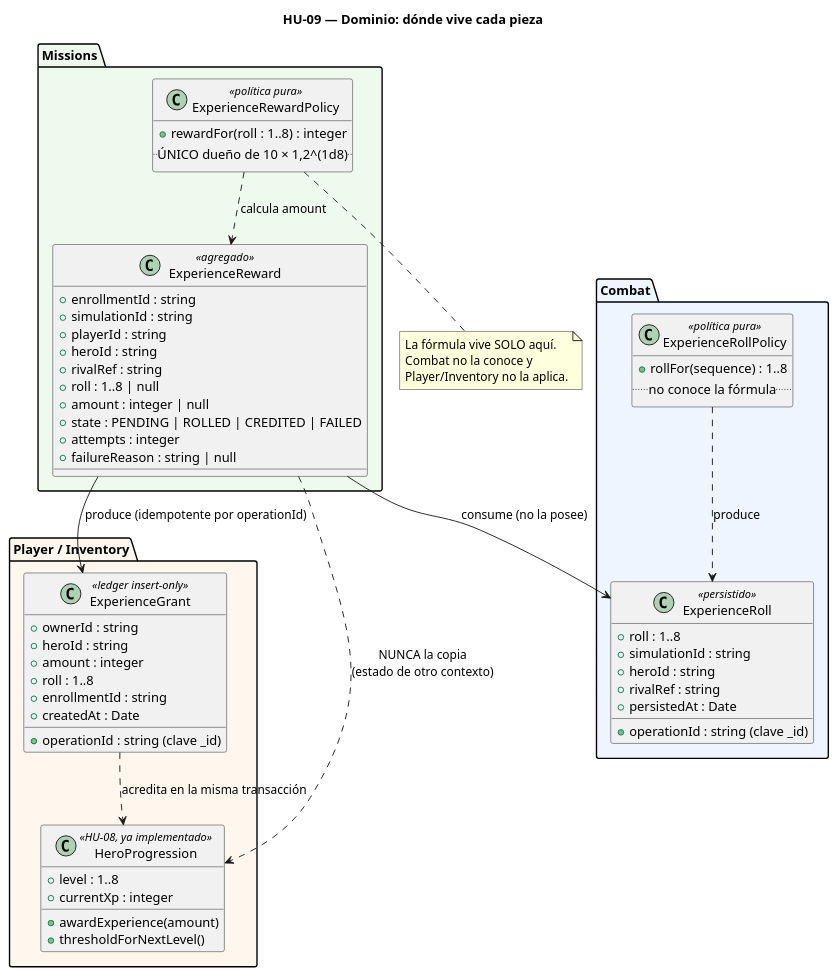
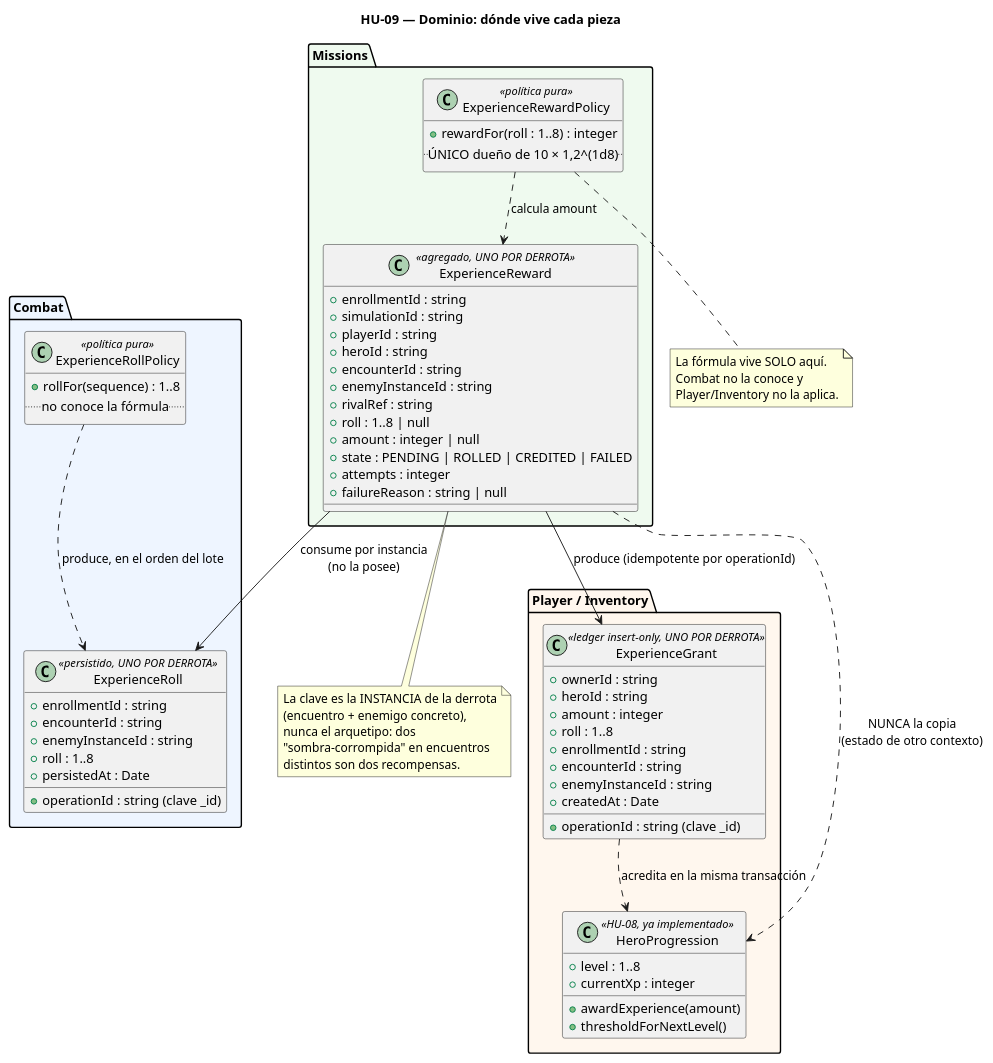
One commit to Nexus-Battle-VI/Nexus-Battle-Infrastructure changed the diagram in docs/diagrams/hu-09-domain.puml. Above: the diagram before and after it, drawn with PlantUML. The commit also changed 7 other files, not shown here.

```diff
--- a/docs/diagrams/hu-09-domain.puml
+++ b/docs/diagrams/hu-09-domain.puml
@@ -1,68 +1,80 @@
 @startuml hu-09-domain
 title HU-09 — Dominio: dónde vive cada pieza
 
 package "Combat" #EEF5FF {
   class ExperienceRollPolicy <<política pura>> {
     + rollFor(sequence) : 1..8
     ..no conoce la fórmula..
   }
-  class ExperienceRoll <<persistido>> {
+  class ExperienceRoll <<persistido, UNO POR DERROTA>> {
     + operationId : string (clave _id)
+    + enrollmentId : string
+    + encounterId : string
+    + enemyInstanceId : string
     + roll : 1..8
-    + simulationId : string
-    + heroId : string
-    + rivalRef : string
     + persistedAt : Date
   }
-  ExperienceRollPolicy ..> ExperienceRoll : produce
+  ExperienceRollPolicy ..> ExperienceRoll : produce, en el orden del lote
 }
 
 package "Missions" #EFFAEF {
-  class ExperienceReward <<agregado>> {
+  class ExperienceReward <<agregado, UNO POR DERROTA>> {
     + enrollmentId : string
     + simulationId : string
     + playerId : string
     + heroId : string
+    + encounterId : string
+    + enemyInstanceId : string
     + rivalRef : string
     + roll : 1..8 | null
     + amount : integer | null
     + state : PENDING | ROLLED | CREDITED | FAILED
     + attempts : integer
     + failureReason : string | null
   }
   class ExperienceRewardPolicy <<política pura>> {
     + rewardFor(roll : 1..8) : integer
     ..ÚNICO dueño de 10 × 1,2^(1d8)..
   }
   ExperienceRewardPolicy ..> ExperienceReward : calcula amount
 }
 
 package "Player / Inventory" #FFF7EE {
-  class ExperienceGrant <<ledger insert-only>> {
+  class ExperienceGrant <<ledger insert-only, UNO POR DERROTA>> {
     + operationId : string (clave _id)
     + ownerId : string
     + heroId : string
     + amount : integer
     + roll : 1..8
     + enrollmentId : string
+    + encounterId : string
+    + enemyInstanceId : string
     + createdAt : Date
   }
   class HeroProgression <<HU-08, ya implementado>> {
     + level : 1..8
     + currentXp : integer
     + awardExperience(amount)
     + thresholdForNextLevel()
   }
   ExperienceGrant ..> HeroProgression : acredita en la misma transacción
 }
 
-ExperienceReward --> ExperienceRoll : consume (no la posee)
+ExperienceReward --> ExperienceRoll : consume por instancia\n(no la posee)
 ExperienceReward --> ExperienceGrant : produce (idempotente por operationId)
 ExperienceReward ..> HeroProgression : NUNCA la copia\n(estado de otro contexto)
+
+note bottom of ExperienceReward
+  La clave es la INSTANCIA de la derrota
+  (encuentro + enemigo concreto),
+  nunca el arquetipo: dos
+  "sombra-corrompida" en encuentros
+  distintos son dos recompensas.
+end note
 
 note bottom of ExperienceRewardPolicy
   La fórmula vive SOLO aquí.
   Combat no la conoce y
   Player/Inventory no la aplica.
 end note
 @enduml
```
